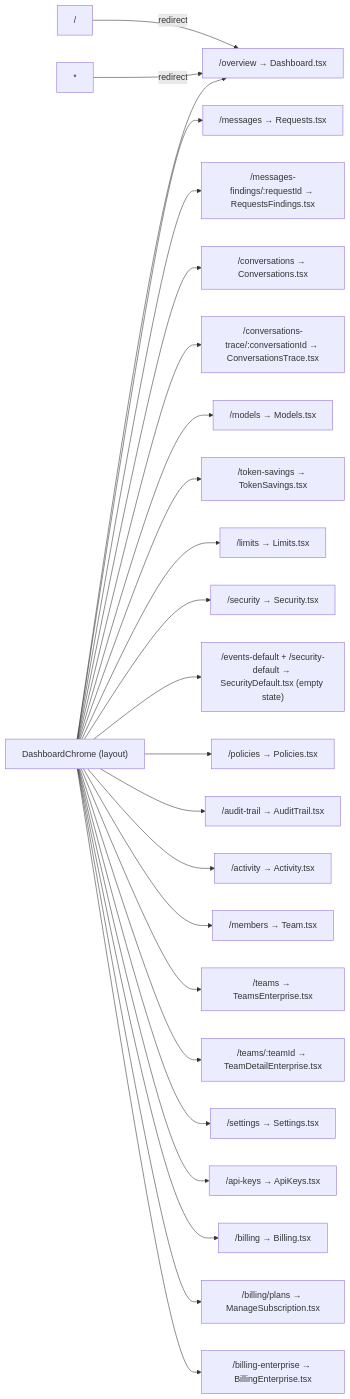
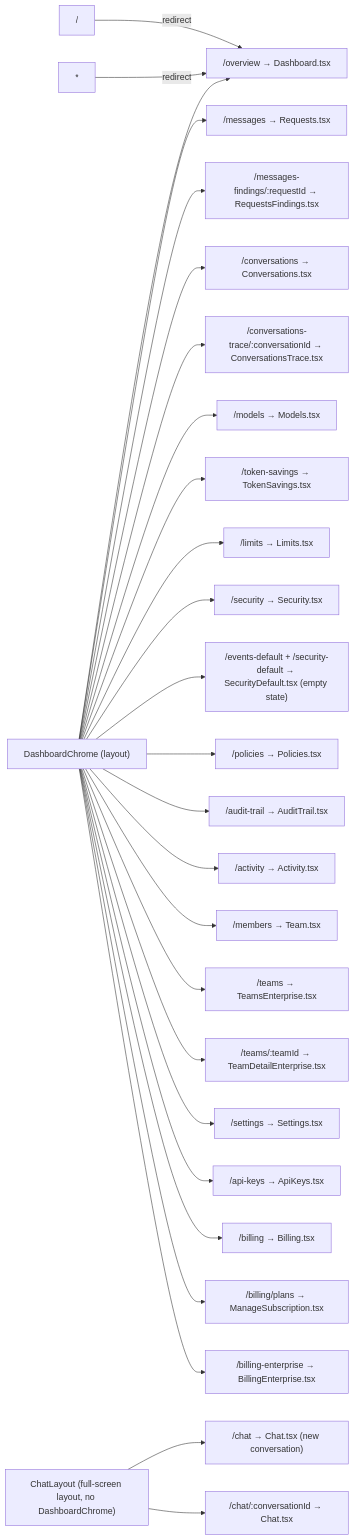
One commit to Neoneue/gate-ai-build changed the first of 5 diagrams in data-model.md. Above: the diagram before and after it, drawn with Mermaid. The commit also changed other lines of this file and 37 other files, not shown here.

````diff
--- a/data-model.md
+++ b/data-model.md
@@ -31,29 +31,33 @@
 ```mermaid
 graph LR
     ROOT["/"] -->|redirect| OV
     WILD["*"] -->|redirect| OV
 
     LAYOUT["DashboardChrome (layout)"]
 
     LAYOUT --> OV["/overview → Dashboard.tsx"]
     LAYOUT --> REQ["/messages → Requests.tsx"]
     LAYOUT --> REQF["/messages-findings/:requestId → RequestsFindings.tsx"]
     LAYOUT --> CONV["/conversations → Conversations.tsx"]
     LAYOUT --> CONVT["/conversations-trace/:conversationId → ConversationsTrace.tsx"]
     LAYOUT --> MOD["/models → Models.tsx"]
     LAYOUT --> TOK["/token-savings → TokenSavings.tsx"]
     LAYOUT --> LIM["/limits → Limits.tsx"]
     LAYOUT --> SEC["/security → Security.tsx"]
     LAYOUT --> SECDEF["/events-default + /security-default → SecurityDefault.tsx (empty state)"]
     LAYOUT --> POL["/policies → Policies.tsx"]
     LAYOUT --> AUD["/audit-trail → AuditTrail.tsx"]
     LAYOUT --> ACT["/activity → Activity.tsx"]
     LAYOUT --> TEAM["/members → Team.tsx"]
     LAYOUT --> TEAMS["/teams → TeamsEnterprise.tsx"]
     LAYOUT --> TEAMD["/teams/:teamId → TeamDetailEnterprise.tsx"]
     LAYOUT --> SET["/settings → Settings.tsx"]
     LAYOUT --> KEYS["/api-keys → ApiKeys.tsx"]
     LAYOUT --> BILL["/billing → Billing.tsx"]
     LAYOUT --> PLANS["/billing/plans → ManageSubscription.tsx"]
     LAYOUT --> BILLENT["/billing-enterprise → BillingEnterprise.tsx"]
+
+    CHATL["ChatLayout (full-screen layout, no DashboardChrome)"]
+    CHATL --> CHAT["/chat → Chat.tsx (new conversation)"]
+    CHATL --> CHATC["/chat/:conversationId → Chat.tsx"]
 ```
````
